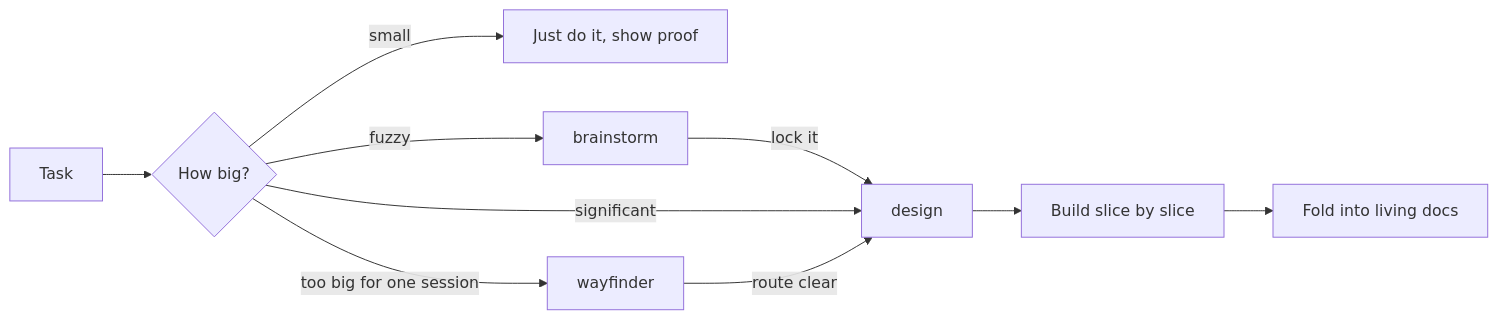
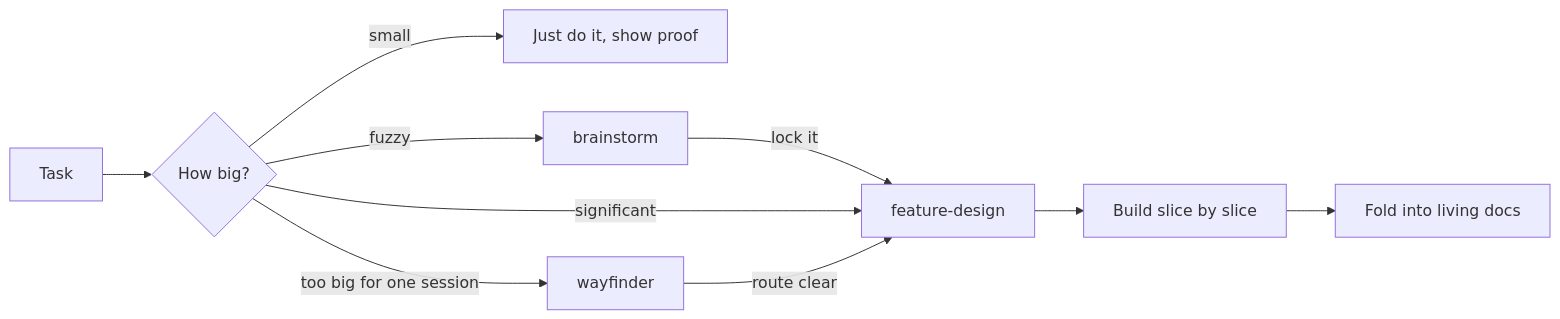
Before and after one commit to LaiAnTan/agentic-setup: the diagram in README.md, drawn with Mermaid. The commit also changed other lines of this file and 12 other files, not shown here.

First line of the commit message:
Rename the design skill to feature-design

````diff
--- a/README.md
+++ b/README.md
@@ -32,12 +32,12 @@
 ```mermaid
 flowchart LR
   T[Task] --> Z{How big?}
   Z -- small --> J[Just do it, show proof]
   Z -- fuzzy --> B[brainstorm]
-  B -- lock it --> D[design]
+  B -- lock it --> D[feature-design]
   Z -- significant --> D
   Z -- too big for one session --> W[wayfinder]
   W -- route clear --> D
   D --> S[Build slice by slice]
   S --> F[Fold into living docs]
 ```
````
